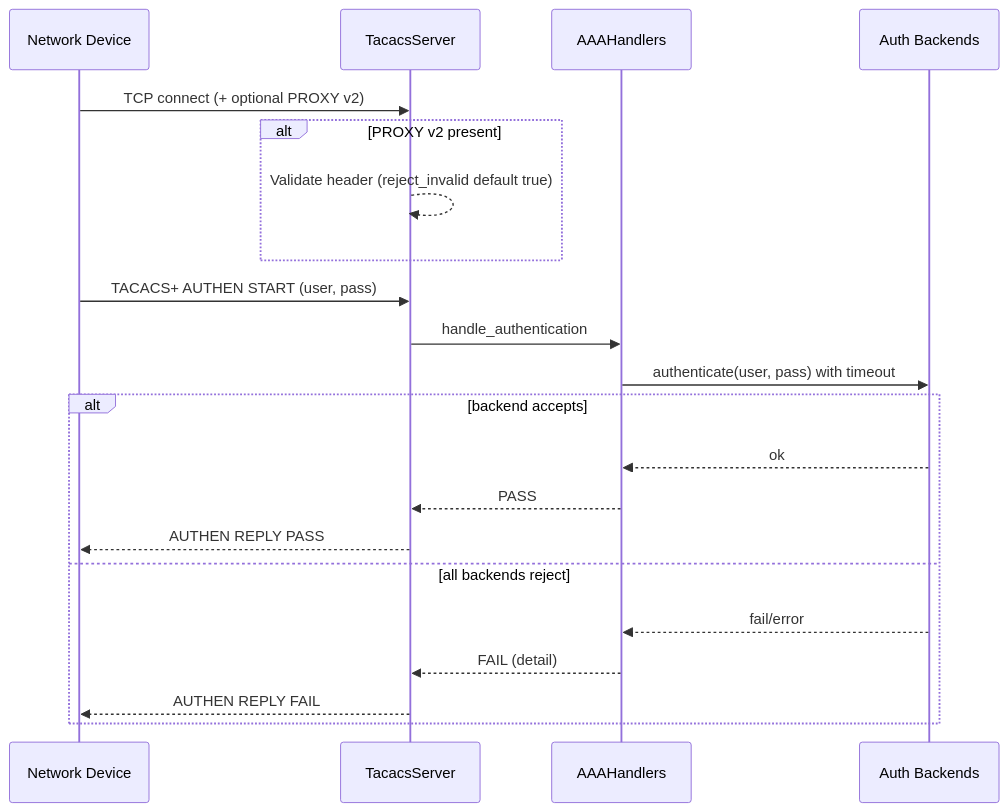
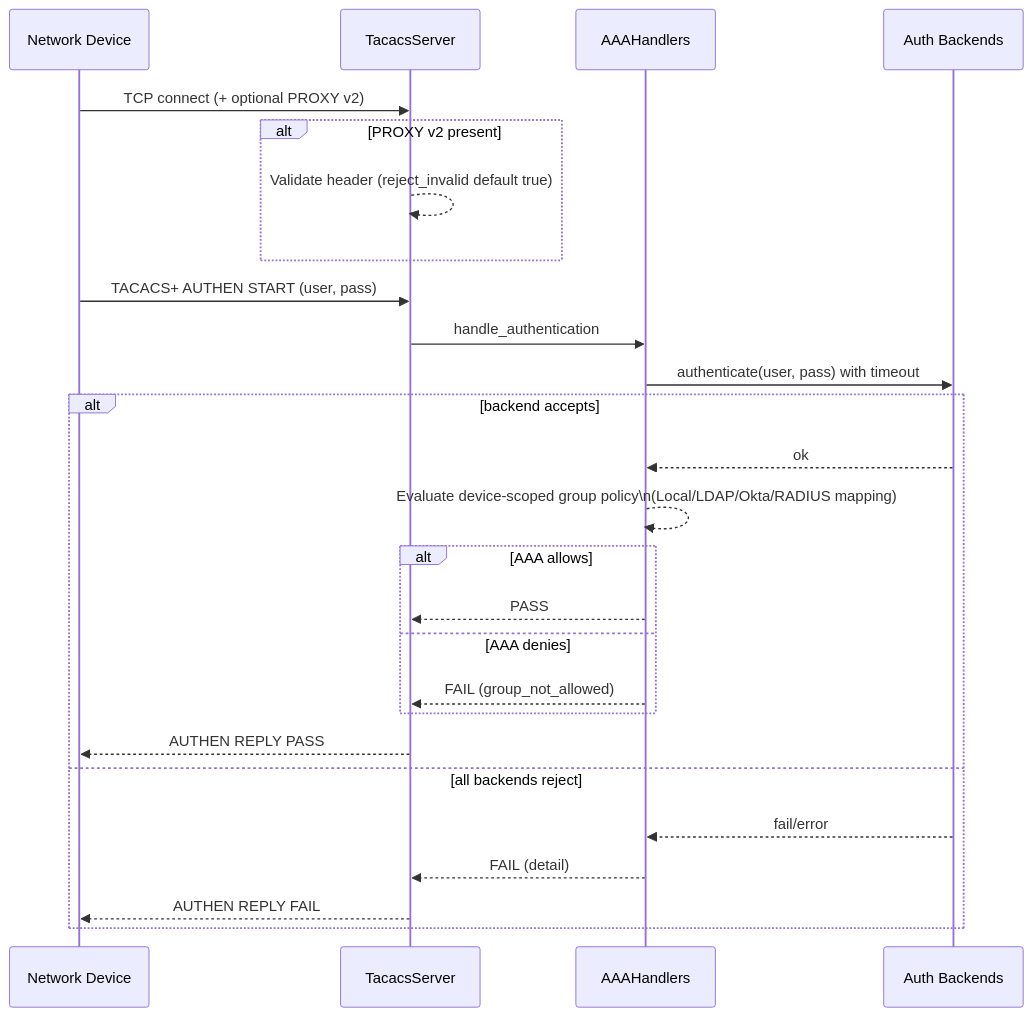
One commit to SaschaSchwarzK/tacacs_server changed the second of 3 diagrams in docs/ARCHITECTURE.md. Above: the diagram before and after it, drawn with Mermaid. The commit also changed 14 other files, not shown here.

````diff
--- a/docs/ARCHITECTURE.md
+++ b/docs/ARCHITECTURE.md
@@ -34,24 +34,29 @@
 ```mermaid
 sequenceDiagram
   participant Dev as Network Device
   participant TS as TacacsServer
   participant AH as AAAHandlers
   participant BE as Auth Backends
 
   Dev->>TS: TCP connect (+ optional PROXY v2)
   alt PROXY v2 present
     TS-->>TS: Validate header (reject_invalid default true)
   end
   Dev->>TS: TACACS+ AUTHEN START (user, pass)
   TS->>AH: handle_authentication
   AH->>BE: authenticate(user, pass) with timeout
   alt backend accepts
     BE-->>AH: ok
-    AH-->>TS: PASS
+    AH-->>AH: Evaluate device-scoped group policy\n(Local/LDAP/Okta/RADIUS mapping)
+    alt AAA allows
+      AH-->>TS: PASS
+    else AAA denies
+      AH-->>TS: FAIL (group_not_allowed)
+    end
     TS-->>Dev: AUTHEN REPLY PASS
   else all backends reject
     BE-->>AH: fail/error
     AH-->>TS: FAIL (detail)
     TS-->>Dev: AUTHEN REPLY FAIL
   end
 ```
````
